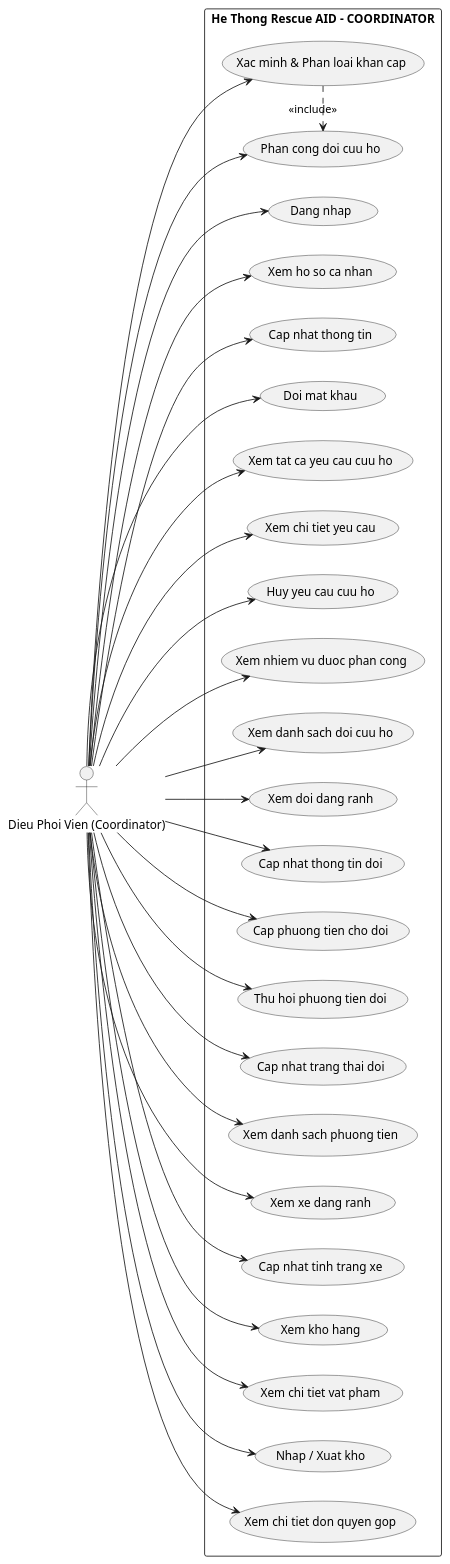
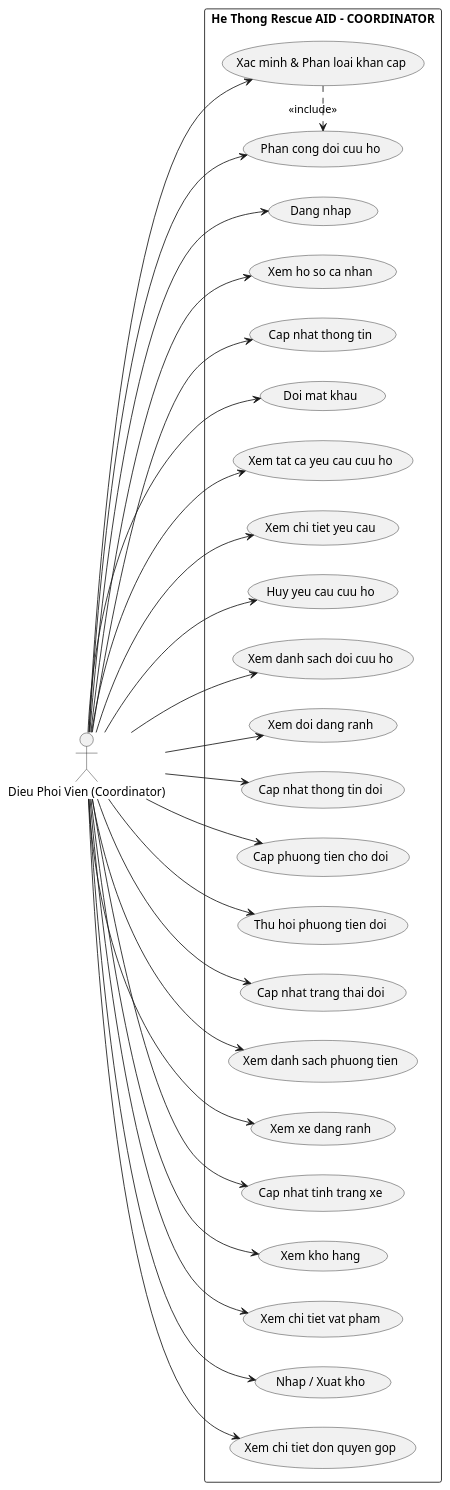
The diagram in usecase-coordinator.puml (ngoctuanIT/recuse-backend), drawn with PlantUML before and after one commit. The commit also changed 14 other files, not shown here.

```diff
--- a/usecase-coordinator.puml
+++ b/usecase-coordinator.puml
@@ -1,58 +1,67 @@
 @startuml
 left to right direction
 skinparam packageStyle rectangle
 
 actor "Dieu Phoi Vien (Coordinator)" as coordinator
 
 rectangle "He Thong Rescue AID - COORDINATOR" {
+  ' === AUTH & PROFILE ===
   usecase "Dang nhap" as UC1
   usecase "Xem ho so ca nhan" as UC2
   usecase "Cap nhat thong tin" as UC3
   usecase "Doi mat khau" as UC4
+
+  ' === QUAN LY YEU CAU CUU HO ===
   usecase "Xem tat ca yeu cau cuu ho" as UC5
   usecase "Xem chi tiet yeu cau" as UC6
   usecase "Xac minh & Phan loai khan cap" as UC7
   usecase "Phan cong doi cuu ho" as UC8
   usecase "Huy yeu cau cuu ho" as UC9
-  usecase "Xem nhiem vu duoc phan cong" as UC10
-  usecase "Xem danh sach doi cuu ho" as UC11
-  usecase "Xem doi dang ranh" as UC12
-  usecase "Cap nhat thong tin doi" as UC13
-  usecase "Cap phuong tien cho doi" as UC14
-  usecase "Thu hoi phuong tien doi" as UC15
-  usecase "Cap nhat trang thai doi" as UC16
-  usecase "Xem danh sach phuong tien" as UC17
-  usecase "Xem xe dang ranh" as UC18
-  usecase "Cap nhat tinh trang xe" as UC19
-  usecase "Xem kho hang" as UC20
-  usecase "Xem chi tiet vat pham" as UC21
-  usecase "Nhap / Xuat kho" as UC22
-  usecase "Xem chi tiet don quyen gop" as UC23
+
+  ' === QUAN LY DOI CUU HO ===
+  usecase "Xem danh sach doi cuu ho" as UC10
+  usecase "Xem doi dang ranh" as UC11
+  usecase "Cap nhat thong tin doi" as UC12
+  usecase "Cap phuong tien cho doi" as UC13
+  usecase "Thu hoi phuong tien doi" as UC14
+  usecase "Cap nhat trang thai doi" as UC15
+
+  ' === QUAN LY PHUONG TIEN ===
+  usecase "Xem danh sach phuong tien" as UC16
+  usecase "Xem xe dang ranh" as UC17
+  usecase "Cap nhat tinh trang xe" as UC18
+
+  ' === QUAN LY KHO HANG ===
+  usecase "Xem kho hang" as UC19
+  usecase "Xem chi tiet vat pham" as UC20
+  usecase "Nhap / Xuat kho" as UC21
+
+  ' === QUAN LY QUYEN GOP ===
+  usecase "Xem chi tiet don quyen gop" as UC22
 }
 
 coordinator --> UC1
 coordinator --> UC2
 coordinator --> UC3
 coordinator --> UC4
 coordinator --> UC5
 coordinator --> UC6
 coordinator --> UC7
 coordinator --> UC8
 coordinator --> UC9
 coordinator --> UC10
 coordinator --> UC11
 coordinator --> UC12
 coordinator --> UC13
 coordinator --> UC14
 coordinator --> UC15
 coordinator --> UC16
 coordinator --> UC17
 coordinator --> UC18
 coordinator --> UC19
 coordinator --> UC20
 coordinator --> UC21
 coordinator --> UC22
-coordinator --> UC23
 
 UC7 .> UC8 : <<include>>
 @enduml
```
